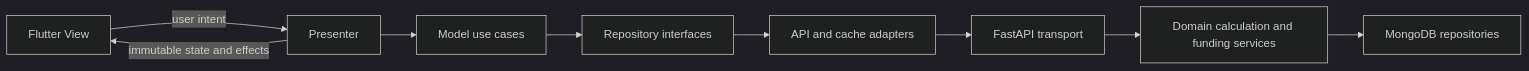
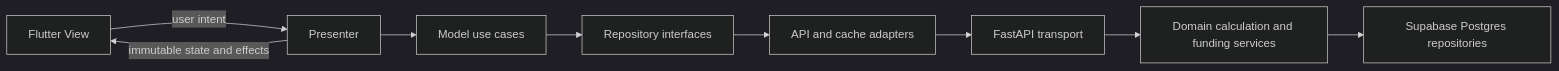
Before and after one commit to Zenurith/Budget-Tracker-mobile-app: the diagram in docs/ARCHITECTURE.md, drawn with Mermaid (dark theme). The commit also changed other lines of this file and 103 other files, not shown here.

````diff
--- a/docs/ARCHITECTURE.md
+++ b/docs/ARCHITECTURE.md
@@ -20,11 +22,11 @@
 ```mermaid
 flowchart LR
     V[Flutter View] -->|user intent| P[Presenter]
     P -->|immutable state and effects| V
     P --> U[Model use cases]
     U --> R[Repository interfaces]
     R --> A[API and cache adapters]
     A --> H[FastAPI transport]
     H --> D[Domain calculation and funding services]
-    D --> M[MongoDB repositories]
+    D --> M[Supabase Postgres repositories]
 ```
````
